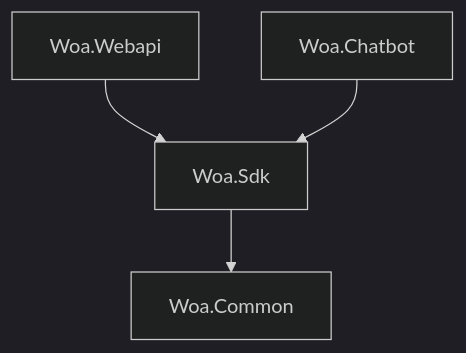
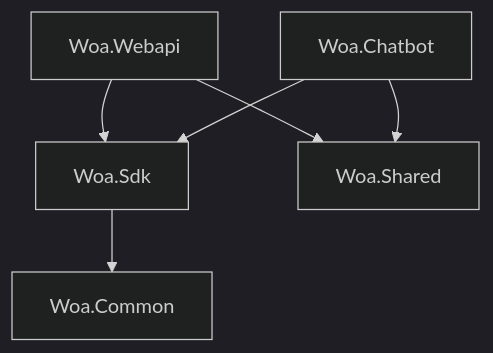
Before and after one commit to Codespilot/Woa: the diagram in README.md, drawn with Mermaid (dark theme). The commit also changed other lines of this file, not shown here.

````diff
--- a/README.md
+++ b/README.md
@@ -5,6 +5,8 @@
 ```mermaid
 graph TD
 	Woa.Webapi --> Woa.Sdk
 	Woa.Chatbot --> Woa.Sdk
+	Woa.Webapi --> Woa.Shared
+	Woa.Chatbot --> Woa.Shared
 	Woa.Sdk --> Woa.Common
 ```
````
